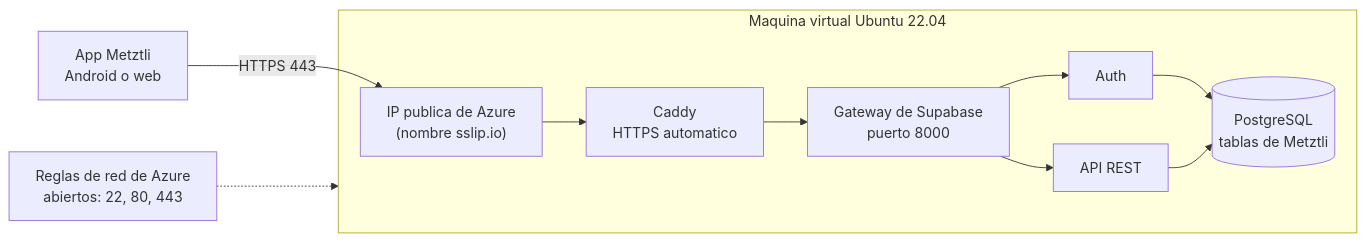
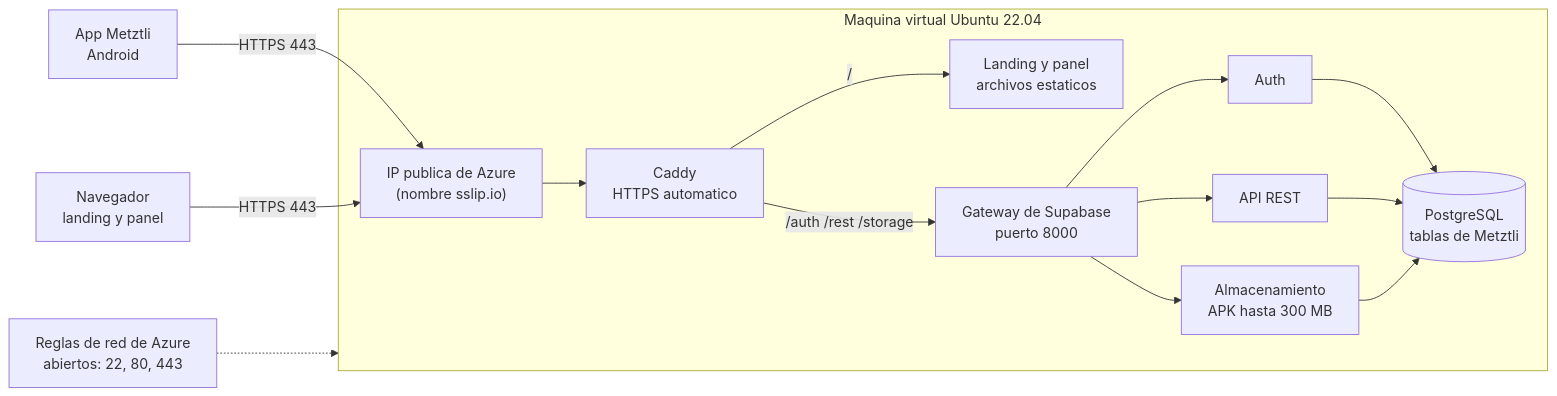
Before and after one commit to cuoconatwatah-create/Metztli: the diagram in docs/AZURE_DESPLIEGUE.md, drawn with Mermaid. The commit also changed other lines of this file and 19 other files, not shown here.

First line of the commit message:
feat(landing): landing page, formulario de demo y panel del equipo, listos para Azure

````diff
--- a/docs/AZURE_DESPLIEGUE.md
+++ b/docs/AZURE_DESPLIEGUE.md
@@ -11,13 +11,17 @@
 ```mermaid
 flowchart LR
-    APP["App Metztli<br/>Android o web"] -->|"HTTPS 443"| IP["IP publica de Azure<br/>(nombre sslip.io)"]
+    APP["App Metztli<br/>Android"] -->|"HTTPS 443"| IP["IP publica de Azure<br/>(nombre sslip.io)"]
+    WEB["Navegador<br/>landing y panel"] -->|"HTTPS 443"| IP
     subgraph VM["Maquina virtual Ubuntu 22.04"]
         IP --> CADDY["Caddy<br/>HTTPS automatico"]
-        CADDY --> KONG["Gateway de Supabase<br/>puerto 8000"]
+        CADDY -->|"/"| LAND["Landing y panel<br/>archivos estaticos"]
+        CADDY -->|"/auth /rest /storage"| KONG["Gateway de Supabase<br/>puerto 8000"]
         KONG --> AUTH["Auth"]
         KONG --> REST["API REST"]
+        KONG --> STO["Almacenamiento<br/>APK hasta 300 MB"]
         AUTH --> PG[("PostgreSQL<br/>tablas de Metztli")]
         REST --> PG
+        STO --> PG
     end
     NSG["Reglas de red de Azure<br/>abiertos: 22, 80, 443"] -.-> VM
 ```
````
